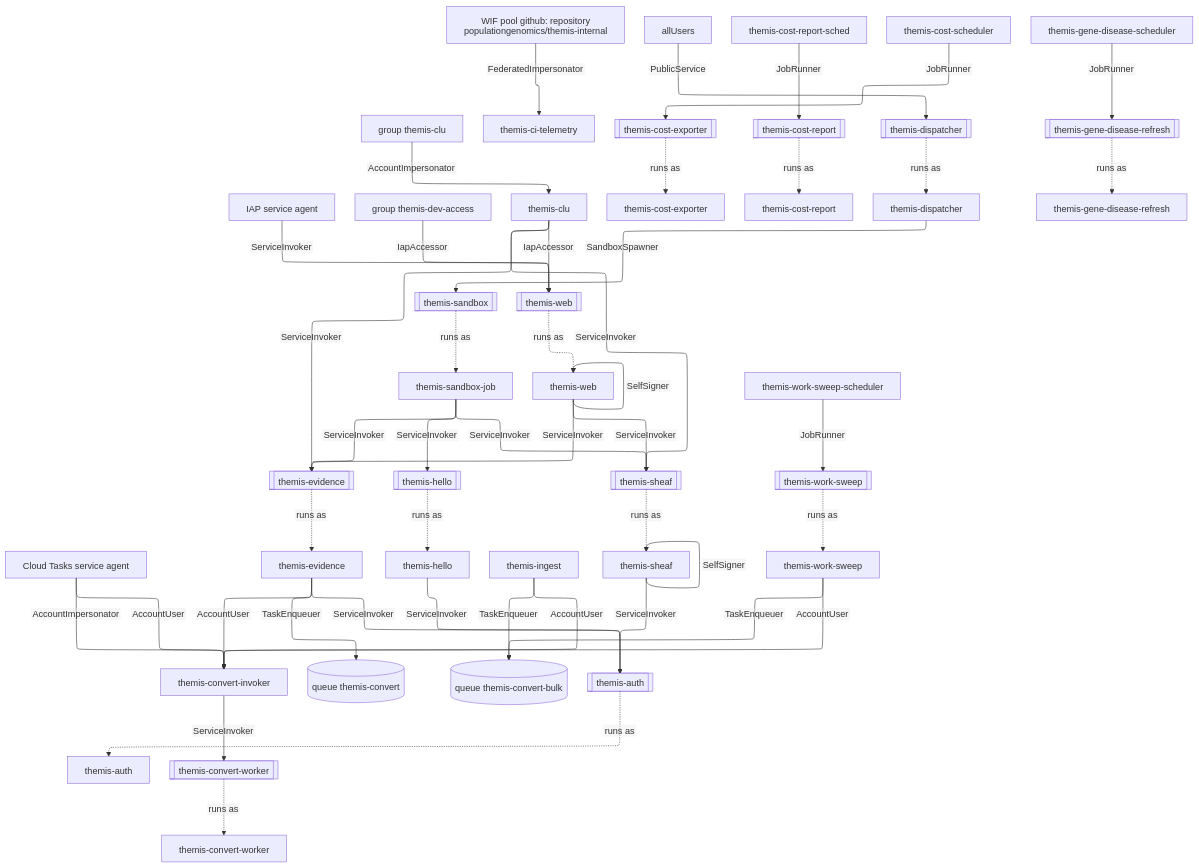
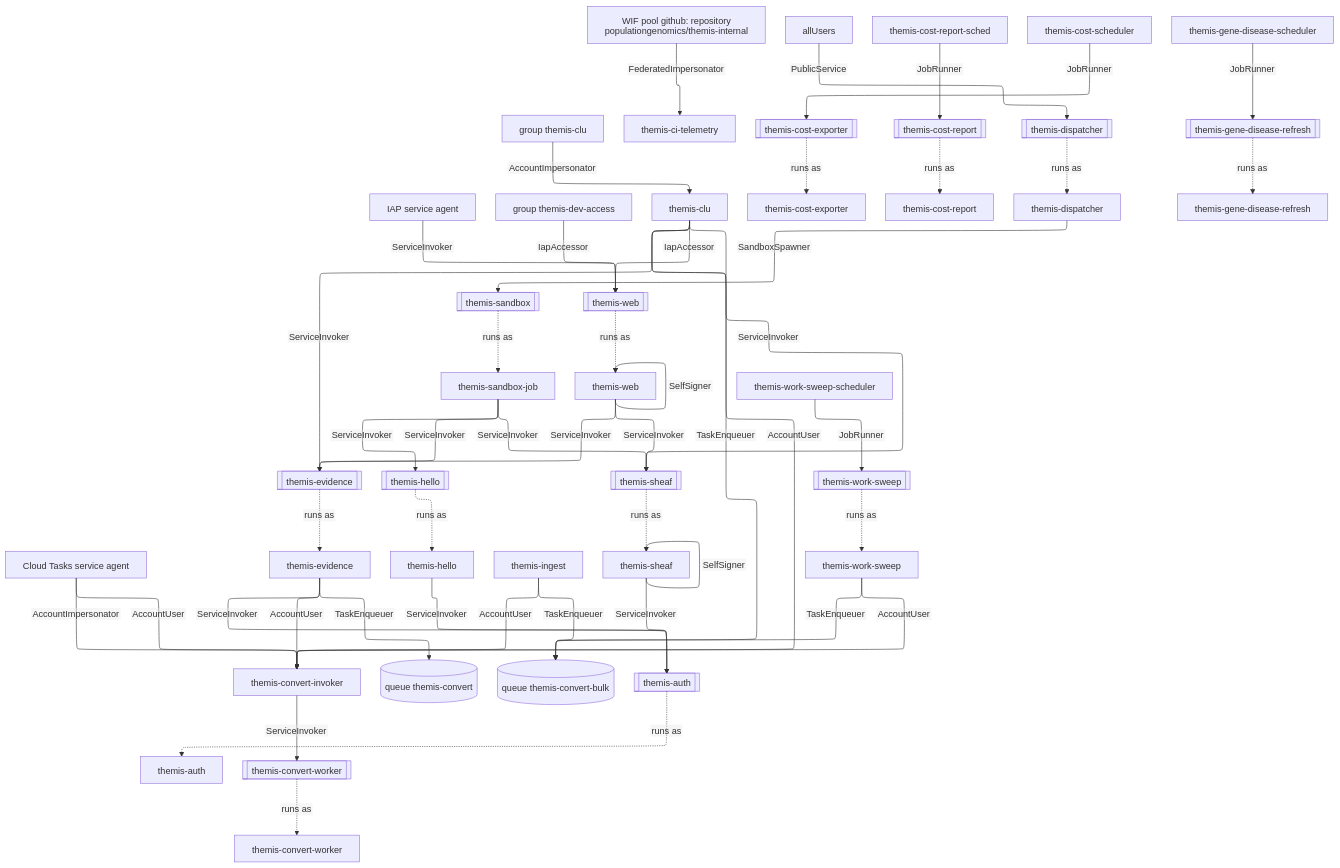
The diagram in docs/design/grants/calls.mmd (populationgenomics/themis), drawn with Mermaid before and after one commit. The commit also changed 6 other files, not shown here.

```diff
--- a/docs/design/grants/calls.mmd
+++ b/docs/design/grants/calls.mmd
@@ -1,86 +1,88 @@
 %%{init: {"layout": "elk", "elk": {"mergeEdges": true, "nodePlacementStrategy": "NETWORK_SIMPLEX"}, "htmlLabels": false, "flowchart": {"htmlLabels": false, "wrappingWidth": 320}}}%%
 flowchart TB
     n0["Cloud Tasks service agent"]
     n1["IAP service agent"]
     n2["WIF pool github: repository populationgenomics/themis-internal"]
     n3["allUsers"]
     n4["group themis-clu"]
     n5["group themis-dev-access"]
     n6["themis-auth"]
     n7["themis-ci-telemetry"]
     n8["themis-clu"]
     n9["themis-convert-invoker"]
     n10["themis-convert-worker"]
     n11["themis-cost-exporter"]
     n12["themis-cost-report"]
     n13["themis-cost-report-sched"]
     n14["themis-cost-scheduler"]
     n15["themis-dispatcher"]
     n16["themis-evidence"]
     n17["themis-gene-disease-refresh"]
     n18["themis-gene-disease-scheduler"]
     n19["themis-hello"]
     n20["themis-ingest"]
     n21["themis-sandbox-job"]
     n22["themis-sheaf"]
     n23["themis-web"]
     n24["themis-work-sweep"]
     n25["themis-work-sweep-scheduler"]
     n26[("queue themis-convert")]
     n27[("queue themis-convert-bulk")]
     n28[["themis-auth"]]
     n29[["themis-convert-worker"]]
     n30[["themis-cost-exporter"]]
     n31[["themis-cost-report"]]
     n32[["themis-dispatcher"]]
     n33[["themis-evidence"]]
     n34[["themis-gene-disease-refresh"]]
     n35[["themis-hello"]]
     n36[["themis-sandbox"]]
     n37[["themis-sheaf"]]
     n38[["themis-web"]]
     n39[["themis-work-sweep"]]
     n0 -->|AccountImpersonator| n9
     n0 -->|AccountUser| n9
     n1 -->|ServiceInvoker| n38
     n2 -->|FederatedImpersonator| n7
     n3 -->|PublicService| n32
     n4 -->|AccountImpersonator| n8
     n5 -->|IapAccessor| n38
+    n8 -->|AccountUser| n9
     n8 -->|IapAccessor| n38
     n8 -->|ServiceInvoker| n33
     n8 -->|ServiceInvoker| n37
+    n8 -->|TaskEnqueuer| n27
     n9 -->|ServiceInvoker| n29
     n13 -->|JobRunner| n31
     n14 -->|JobRunner| n30
     n15 -->|SandboxSpawner| n36
     n16 -->|AccountUser| n9
     n16 -->|ServiceInvoker| n28
     n16 -->|TaskEnqueuer| n26
     n18 -->|JobRunner| n34
     n19 -->|ServiceInvoker| n28
     n20 -->|AccountUser| n9
     n20 -->|TaskEnqueuer| n27
     n21 -->|ServiceInvoker| n33
     n21 -->|ServiceInvoker| n35
     n21 -->|ServiceInvoker| n37
     n22 -->|SelfSigner| n22
     n22 -->|ServiceInvoker| n28
     n23 -->|SelfSigner| n23
     n23 -->|ServiceInvoker| n33
     n23 -->|ServiceInvoker| n37
     n24 -->|AccountUser| n9
     n24 -->|TaskEnqueuer| n27
     n25 -->|JobRunner| n39
     n28 -. runs as .-> n6
     n29 -. runs as .-> n10
     n30 -. runs as .-> n11
     n31 -. runs as .-> n12
     n32 -. runs as .-> n15
     n33 -. runs as .-> n16
     n34 -. runs as .-> n17
     n35 -. runs as .-> n19
     n36 -. runs as .-> n21
     n37 -. runs as .-> n22
     n38 -. runs as .-> n23
     n39 -. runs as .-> n24
```
